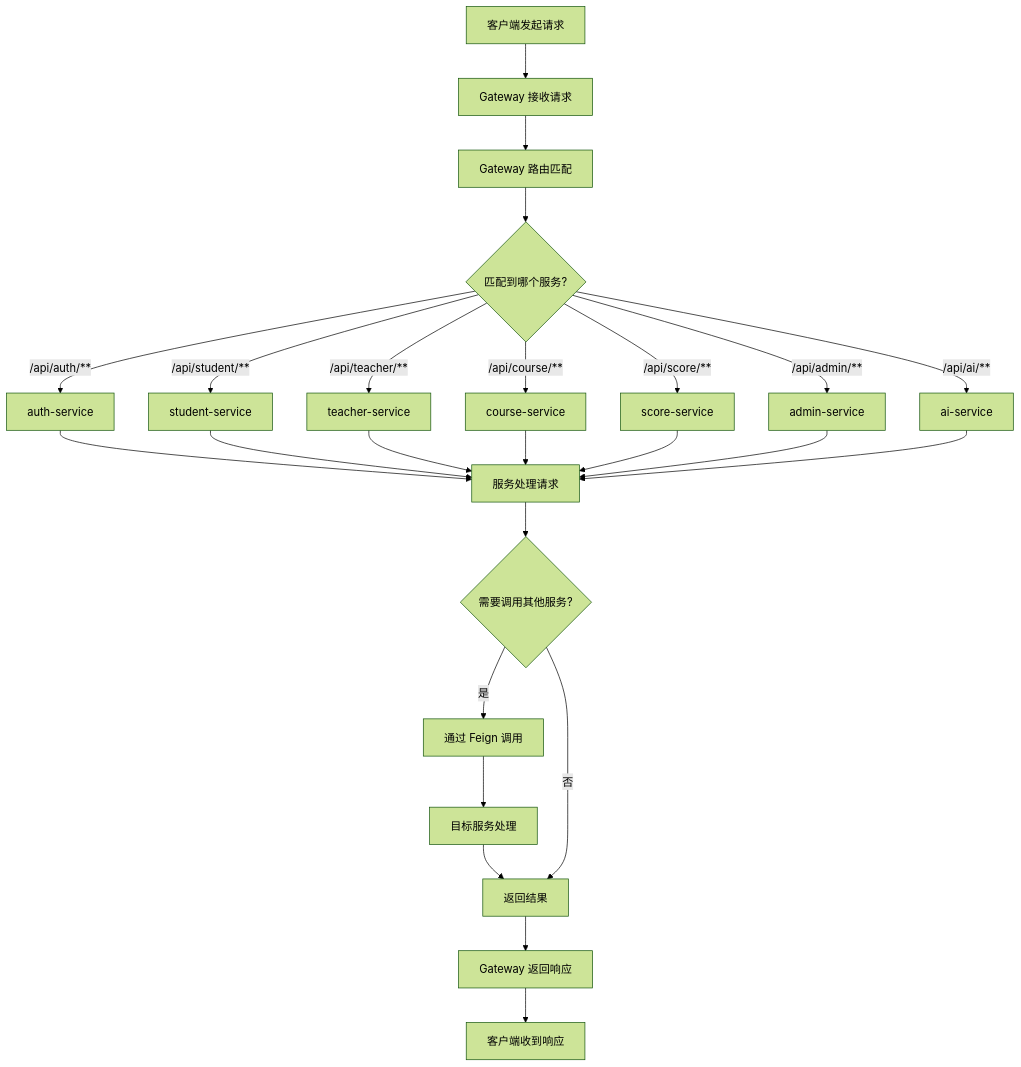
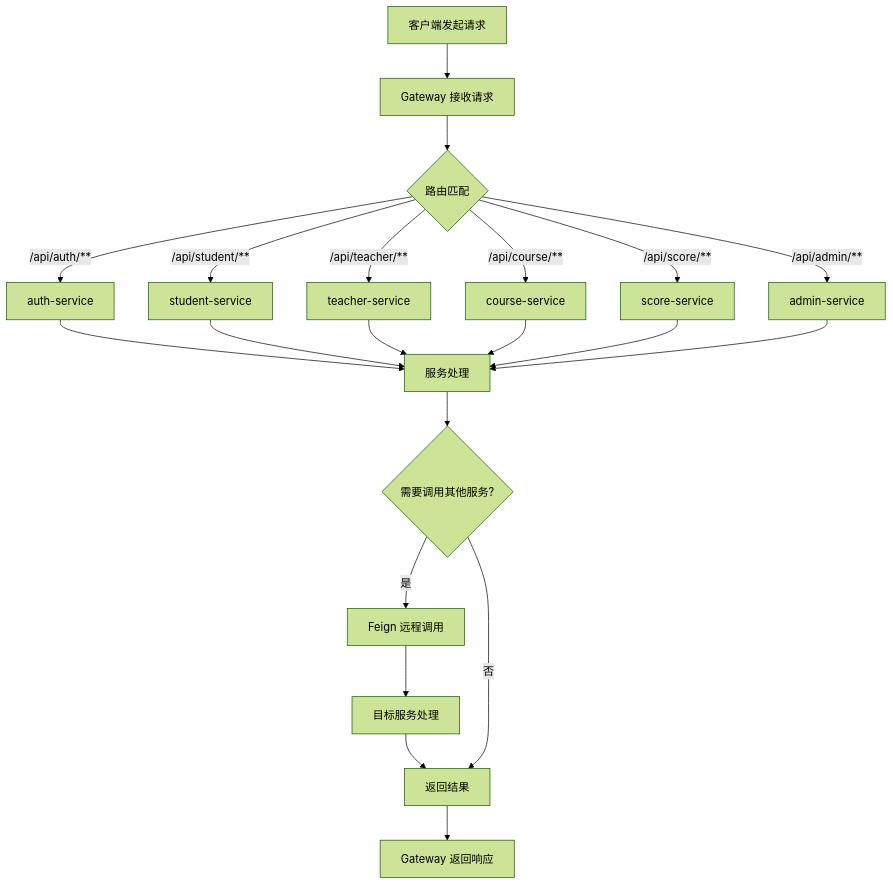
The first of 5 diagrams in Exp_Final/实验报告.md (NissonCX/Java-Course-Exp), drawn with Mermaid (forest theme) before and after one commit. The commit also changed other lines of this file and 7 other files, not shown here.

````diff
--- a/Exp_Final/实验报告.md
+++ b/Exp_Final/实验报告.md
@@ -167,27 +262,23 @@
 ```mermaid
 graph TD
     A[客户端发起请求] --> B[Gateway 接收请求]
-    B --> C[Gateway 路由匹配]
-    C --> D{匹配到哪个服务?}
-    D -->|/api/auth/**| E[auth-service]
-    D -->|/api/student/**| F[student-service]
-    D -->|/api/teacher/**| G[teacher-service]
-    D -->|/api/course/**| H[course-service]
-    D -->|/api/score/**| I[score-service]
-    D -->|/api/admin/**| J[admin-service]
-    D -->|/api/ai/**| K[ai-service]
-    E --> L[服务处理请求]
-    F --> L
-    G --> L
-    H --> L
-    I --> L
-    J --> L
-    K --> L
-    L --> M{需要调用其他服务?}
-    M -->|是| N[通过 Feign 调用]
-    N --> O[目标服务处理]
-    O --> P[返回结果]
-    M -->|否| P
-    P --> Q[Gateway 返回响应]
-    Q --> R[客户端收到响应]
+    B --> C{路由匹配}
+    C -->|/api/auth/**| D[auth-service]
+    C -->|/api/student/**| E[student-service]
+    C -->|/api/teacher/**| F[teacher-service]
+    C -->|/api/course/**| G[course-service]
+    C -->|/api/score/**| H[score-service]
+    C -->|/api/admin/**| I[admin-service]
+    D --> J[服务处理]
+    E --> J
+    F --> J
+    G --> J
+    H --> J
+    I --> J
+    J --> K{需要调用其他服务?}
+    K -->|是| L[Feign 远程调用]
+    L --> M[目标服务处理]
+    M --> N[返回结果]
+    K -->|否| N
+    N --> O[Gateway 返回响应]
 ```
````
